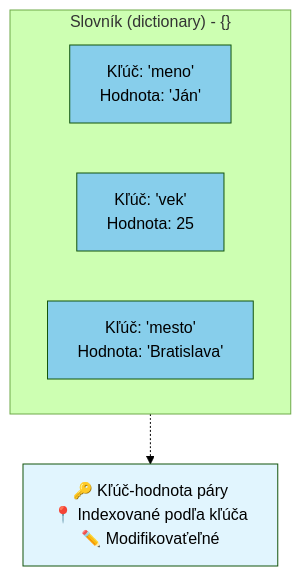
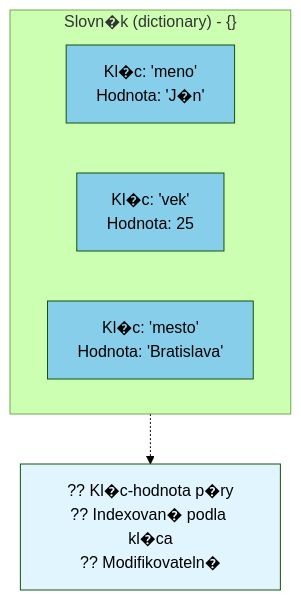
One commit to SpsKnSK/api changed the second of 2 diagrams in Lessons_sk/12_list_set_dictionary_tuple_sk_1.md. Above: the diagram before and after it, drawn with Mermaid (forest theme). The commit also changed other lines of this file and 136 other files, not shown here.

````diff
--- a/Lessons_sk/12_list_set_dictionary_tuple_sk_1.md
+++ b/Lessons_sk/12_list_set_dictionary_tuple_sk_1.md
@@ -99,14 +125,14 @@
 ```mermaid
 graph TB
-    subgraph Szotar["Slovník (dictionary) - {}"]
-        D1["Kľúč: 'meno'<br/>Hodnota: 'Ján'"]
-        D2["Kľúč: 'vek'<br/>Hodnota: 25"]
-        D3["Kľúč: 'mesto'<br/>Hodnota: 'Bratislava'"]
+    subgraph Szotar["Slovn�k (dictionary) - {}"]
+        D1["Kl�c: 'meno'<br/>Hodnota: 'J�n'"]
+        D2["Kl�c: 'vek'<br/>Hodnota: 25"]
+        D3["Kl�c: 'mesto'<br/>Hodnota: 'Bratislava'"]
         style D1 fill:#87CEEB,color:#000000
         style D2 fill:#87CEEB,color:#000000
         style D3 fill:#87CEEB,color:#000000
     end
-    SzotarJegyzet["🔑 Kľúč-hodnota páry<br/>📍 Indexované podľa kľúča<br/>✏️ Modifikovaťeľné"]
+    SzotarJegyzet["?? Kl�c-hodnota p�ry<br/>?? Indexovan� podla kl�ca<br/>?? Modifikovateln�"]
     Szotar -.-> SzotarJegyzet
     style SzotarJegyzet fill:#E1F5FE,color:#000000
 ```
````
